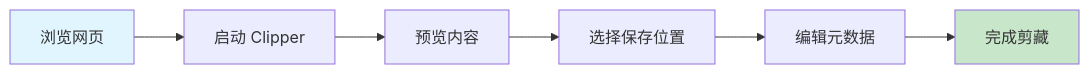
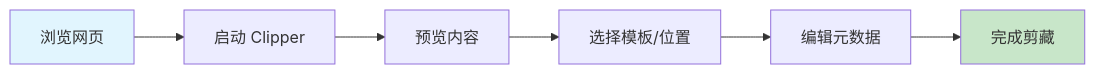
One commit to Treasoni/Study-Notes changed the second of 2 diagrams in obsidian的使用/Obsidian-Web-Clipper使用教程.md. Above: the diagram before and after it, drawn with Mermaid. The commit also changed other lines of this file and 63 other files, not shown here.

````diff
--- a/obsidian的使用/Obsidian-Web-Clipper使用教程.md
+++ b/obsidian的使用/Obsidian-Web-Clipper使用教程.md
@@ -69,11 +82,11 @@
 ```mermaid
 flowchart LR
     A[浏览网页] --> B[启动 Clipper]
     B --> C[预览内容]
-    C --> D[选择保存位置]
+    C --> D[选择模板/位置]
     D --> E[编辑元数据]
     E --> F[完成剪藏]
 
     style A fill:#e1f5fe
     style F fill:#c8e6c9
 ```
````
